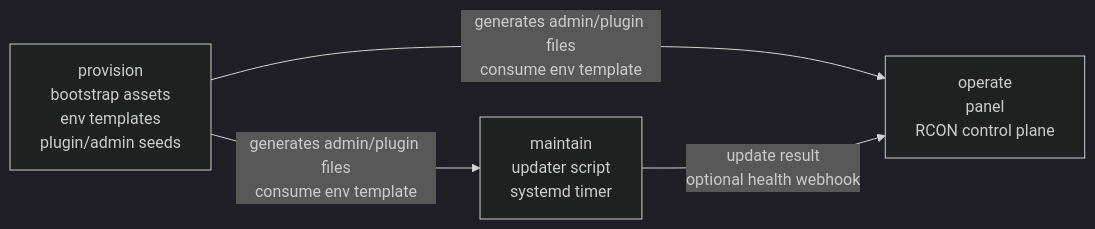
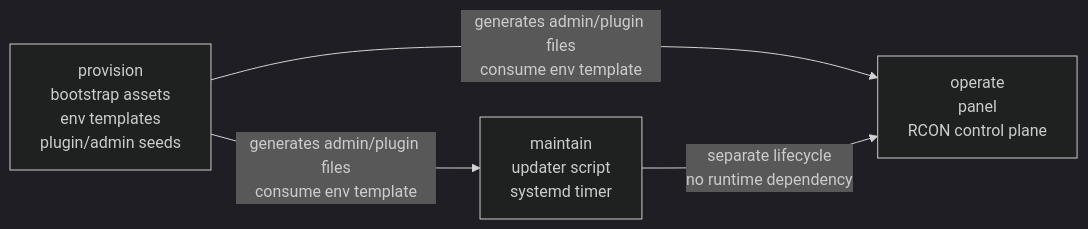
Before and after one commit to sebastianspicker/3rr-cs2: the diagram in docs/architecture.md, drawn with Mermaid (dark theme). The commit also changed other lines of this file and 56 other files, not shown here.

````diff
--- a/docs/architecture.md
+++ b/docs/architecture.md
@@ -11,10 +11,10 @@
 ```mermaid
 flowchart LR
     P["provision\nbootstrap assets\nenv templates\nplugin/admin seeds"]
     M["maintain\nupdater script\nsystemd timer"]
     O["operate\npanel\nRCON control plane"]
 
     P -- "generates admin/plugin files\nconsume env template" --> M
     P -- "generates admin/plugin files\nconsume env template" --> O
-    M -- "update result\noptional health webhook" --> O
+    M -- "separate lifecycle\nno runtime dependency" --> O
 ```
````
